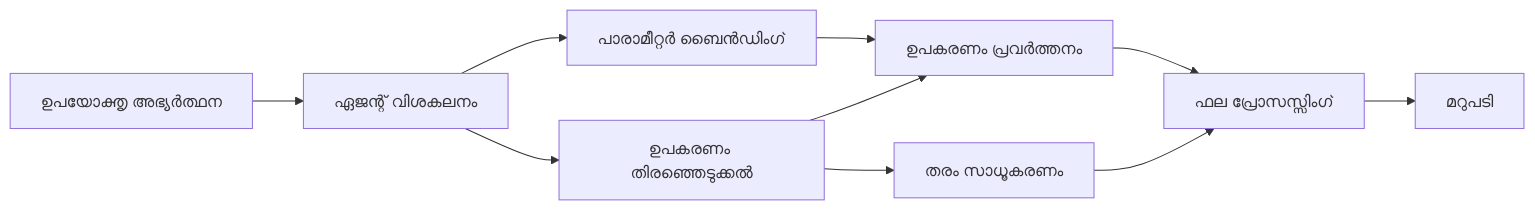
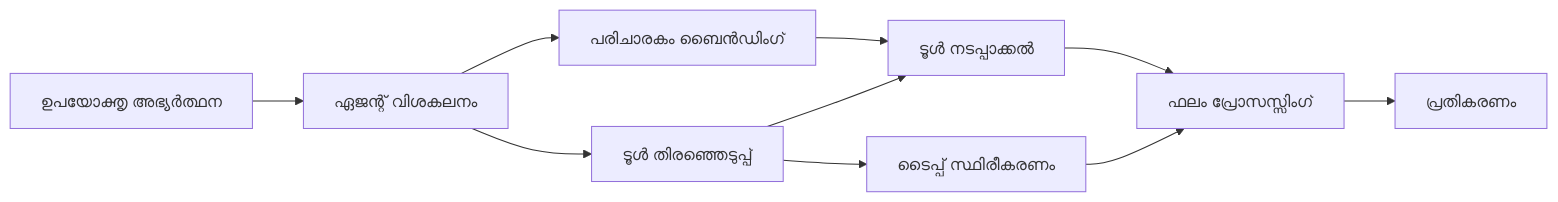
Before and after one commit to venturemavenwill/azureaifundamentals: the diagram in translations/ml/04-tool-use/code_samples/04-dotnet-agent-framework.md, drawn with Mermaid. The commit also changed other lines of this file and 4861 other files, not shown here.

````diff
--- a/translations/ml/04-tool-use/code_samples/04-dotnet-agent-framework.md
+++ b/translations/ml/04-tool-use/code_samples/04-dotnet-agent-framework.md
@@ -40,12 +40,12 @@
 ```mermaid
 graph LR
-    A[ഉപയോക്തൃ അഭ്യർത്ഥന] --> B[ഏജന്റ് വിശകലനം]
-    B --> C[ഉപകരണം തിരഞ്ഞെടുക്കൽ]
-    C --> D[തരം സാധൂകരണം]
-    B --> E[പാരാമീറ്റർ ബൈൻഡിംഗ്]
-    E --> F[ഉപകരണം പ്രവർത്തനം]
+    A[ഉപയോക്തൃ അഭ്യര്‍ത്ഥന] --> B[ഏജന്റ് വിശകലനം]
+    B --> C[ടൂൾ തിരഞ്ഞെടുപ്പ്]
+    C --> D[ടൈപ്പ് സ്ഥിരീകരണം]
+    B --> E[പരിചാരകം ബൈൻഡിംഗ്]
+    E --> F[ടൂൾ നടപ്പാക്കൽ]
     C --> F
-    F --> G[ഫല പ്രോസസ്സിംഗ്]
+    F --> G[ഫലം പ്രോസസ്സിംഗ്]
     D --> G
-    G --> H[മറുപടി]
-```  
+    G --> H[പ്രതികരണം]
+```
````
